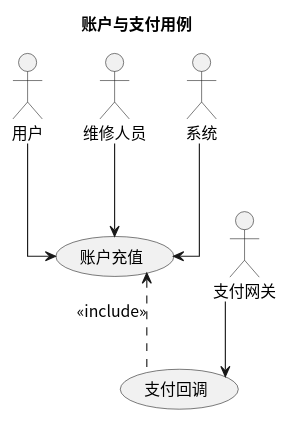
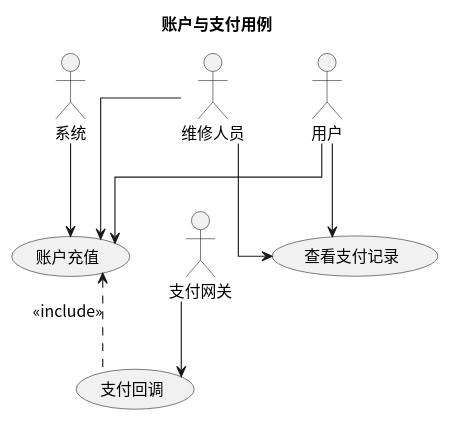
The diagram in usecase/docs/backend/src/account_payment.puml (greenhandzdl/charging-station-doc), drawn with PlantUML before and after one commit. The commit also changed 17 other files, not shown here.

First line of the commit message:
fix: 第二轮全量评估修复 — stopCharge归属校验、forceStop欠费审计、用例图补充、类图完整性

```diff
--- a/usecase/docs/backend/src/account_payment.puml
+++ b/usecase/docs/backend/src/account_payment.puml
@@ -1,21 +1,24 @@
 @startuml
 skinparam defaultFontName "Noto Sans CJK SC"
 skinparam defaultFontSize 14
 title 账户与支付用例
 skinparam linetype ortho
 
 actor "用户" as U
 actor "维修人员" as M
 actor "支付网关" as P
 actor "系统" as S
 
 (账户充值)
 (支付回调)
+(查看支付记录)
 
 U --> 账户充值
 M --> 账户充值
 P --> 支付回调
 S --> 账户充值
+U --> 查看支付记录
+M --> 查看支付记录
 
 账户充值 <.down. 支付回调 : <<include>>
 @enduml
```
